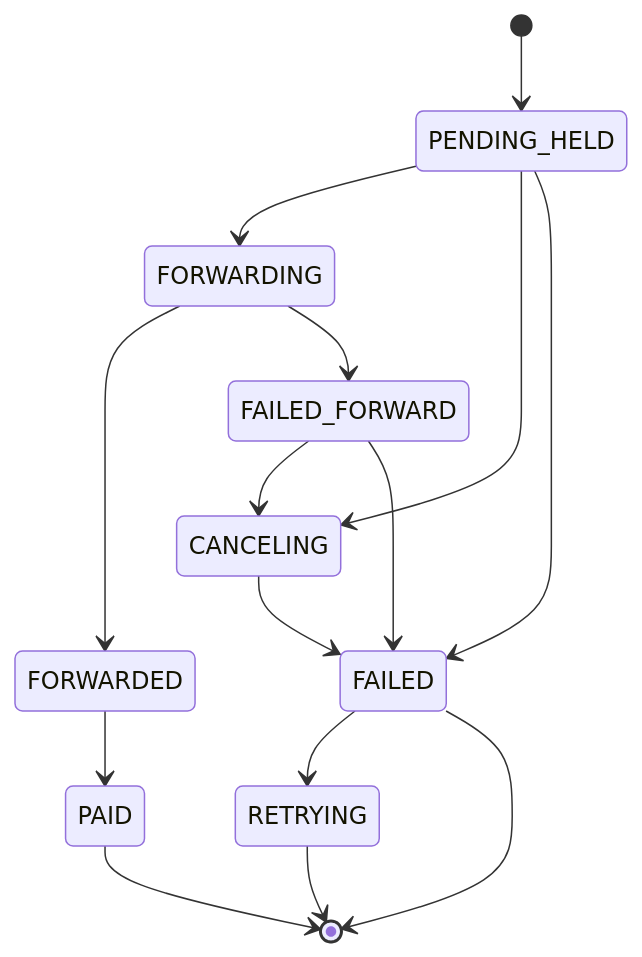
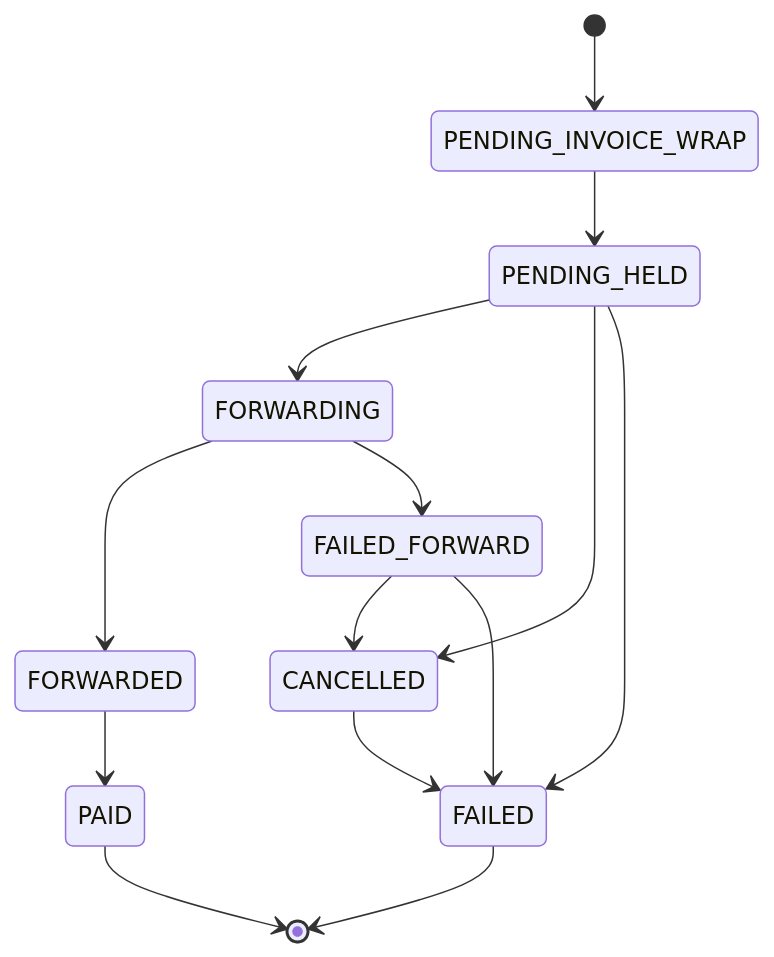
The fifth of 5 diagrams in api/payIn/README.md (stackernews/stacker.news), drawn with Mermaid before and after one commit. The commit also changed other lines of this file, not shown here.

````diff
--- a/api/payIn/README.md
+++ b/api/payIn/README.md
@@ -120,17 +226,16 @@
 ```mermaid
 stateDiagram-v2
     PAID --> [*]
-    CANCELING --> FAILED
-    FAILED --> RETRYING
+    CANCELLED --> FAILED
     FAILED --> [*]
-    RETRYING --> [*]
-    [*] --> PENDING_HELD
+    [*] --> PENDING_INVOICE_WRAP
+    PENDING_INVOICE_WRAP --> PENDING_HELD
     PENDING_HELD --> FORWARDING
-    PENDING_HELD --> CANCELING
+    PENDING_HELD --> CANCELLED
     PENDING_HELD --> FAILED
     FORWARDING --> FORWARDED
     FORWARDING --> FAILED_FORWARD
     FORWARDED --> PAID
-    FAILED_FORWARD --> CANCELING
+    FAILED_FORWARD --> CANCELLED
     FAILED_FORWARD --> FAILED
 ```
````
